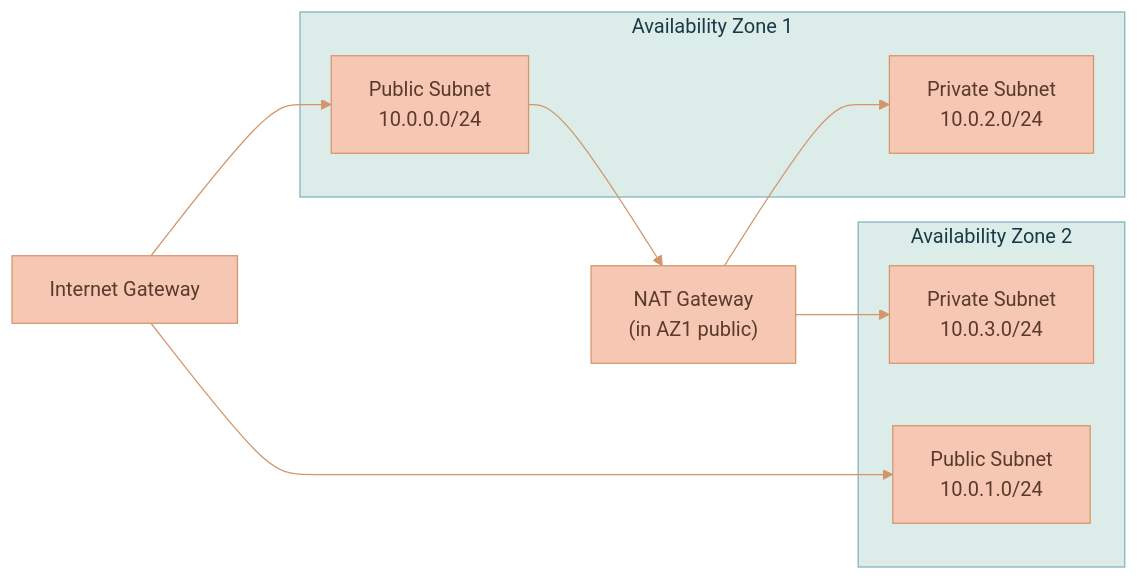
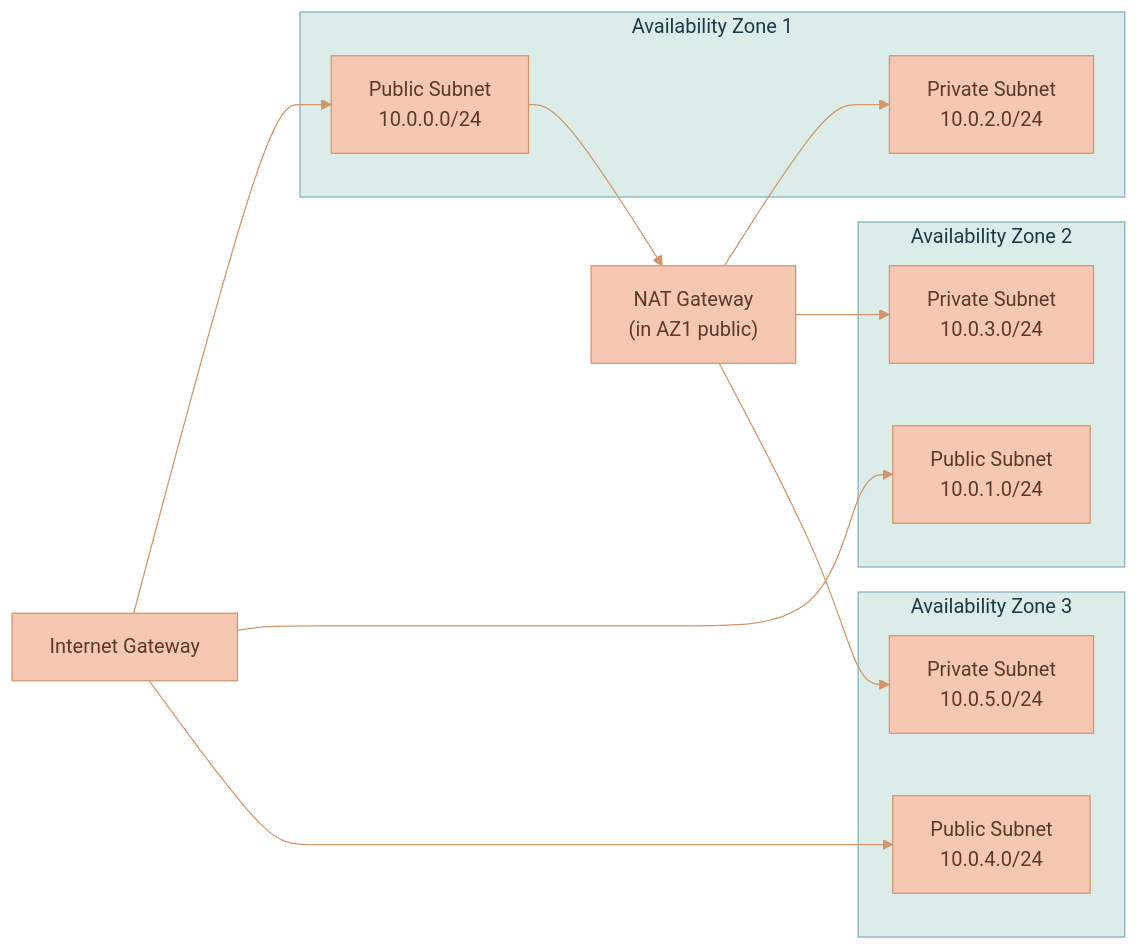
Before and after one commit to Lixpi/lixpi: the third of 5 diagrams in documentation/platform/deployment/INFRASTRUCTURE-OVERVIEW.md, drawn with Mermaid. The commit also changed other lines of this file and 251 other files, not shown here.

````diff
--- a/documentation/platform/deployment/INFRASTRUCTURE-OVERVIEW.md
+++ b/documentation/platform/deployment/INFRASTRUCTURE-OVERVIEW.md
@@ -242,23 +242,30 @@
 ```mermaid
 %%{init: {'theme': 'base', 'themeVariables': { 'primaryColor': '#F6C7B3', 'primaryTextColor': '#5a3a2a', 'primaryBorderColor': '#d4956a', 'secondaryColor': '#C3DEDD', 'secondaryTextColor': '#1a3a47', 'secondaryBorderColor': '#4a8a9d', 'tertiaryColor': '#DCECE9', 'tertiaryTextColor': '#1a3a47', 'tertiaryBorderColor': '#82B2C0', 'lineColor': '#d4956a', 'textColor': '#5a3a2a'}}}%%
 flowchart LR
     IGW["Internet Gateway"]
 
     subgraph AZ1["Availability Zone 1"]
         PUB1["Public Subnet<br/>10.0.0.0/24"]
         PRIV1["Private Subnet<br/>10.0.2.0/24"]
     end
 
     subgraph AZ2["Availability Zone 2"]
         PUB2["Public Subnet<br/>10.0.1.0/24"]
         PRIV2["Private Subnet<br/>10.0.3.0/24"]
     end
 
+    subgraph AZ3["Availability Zone 3"]
+        PUB3["Public Subnet<br/>10.0.4.0/24"]
+        PRIV3["Private Subnet<br/>10.0.5.0/24"]
+    end
+
     NAT["NAT Gateway<br/>(in AZ1 public)"]
 
     IGW --> PUB1
     IGW --> PUB2
+    IGW --> PUB3
     PUB1 --> NAT
     NAT --> PRIV1
     NAT --> PRIV2
+    NAT --> PRIV3
 ```
````
